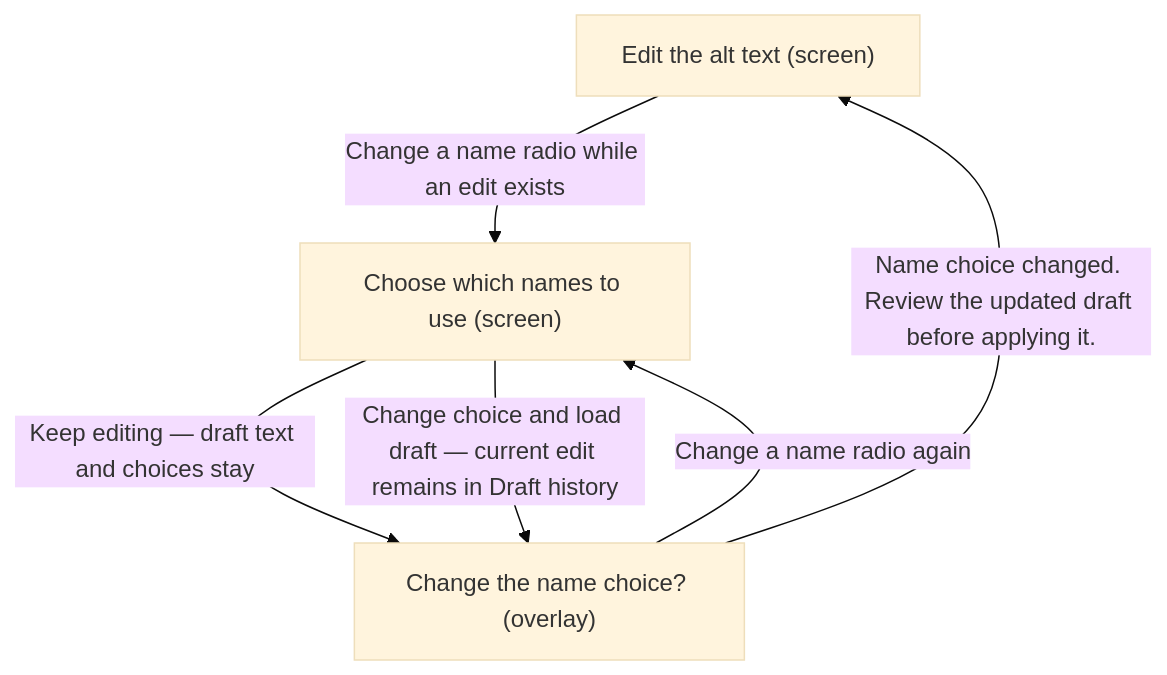
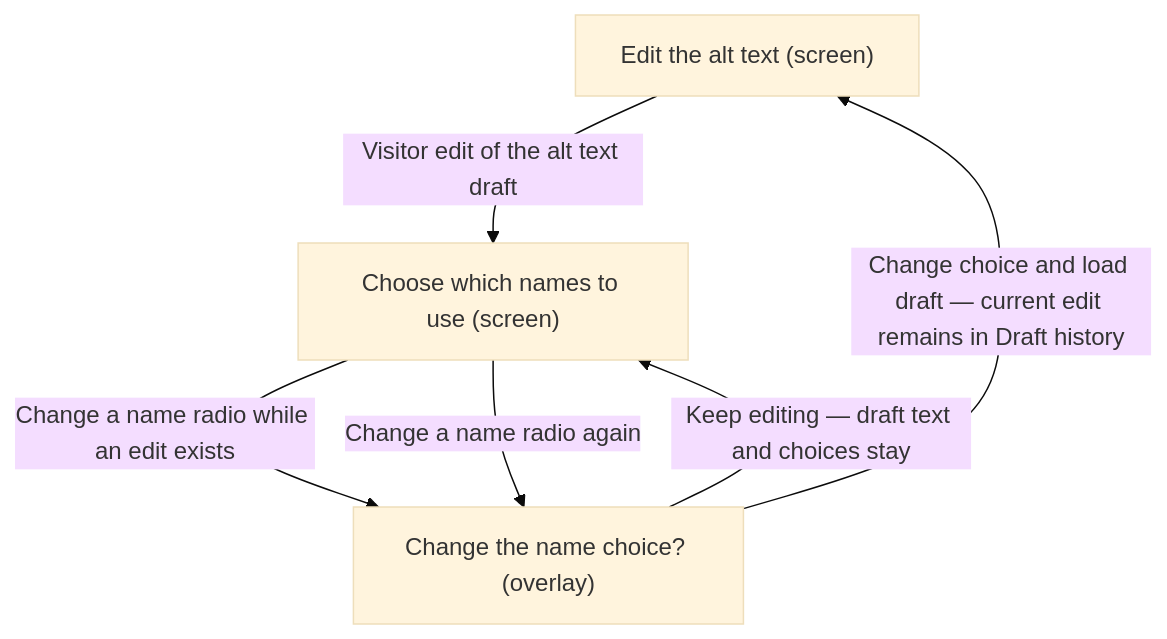
One commit to darce/context-alt-text-monorepo changed the fifth of 7 diagrams in apps/prototype-wp-alt-context/docs/ux-maps/guided-prototype.md. Above: the diagram before and after it, drawn with Mermaid (base theme). The commit also changed other lines of this file and 9 other files, not shown here.

````diff
--- a/apps/prototype-wp-alt-context/docs/ux-maps/guided-prototype.md
+++ b/apps/prototype-wp-alt-context/docs/ux-maps/guided-prototype.md
@@ -545,13 +552,13 @@
 ```mermaid
 flowchart TD
   %% flow: Cancel keeps the edit; confirm archives it to Draft history job=recover
   %% steps: [{"screen_id":"draft","branch_label":"Visitor edit of the alt text draft"},{"screen_id":"names","branch_label":"Change a name radio while an edit exists"},{"screen_id":"names-change","branch_label":"Keep editing — draft text and choices stay"},{"screen_id":"names","branch_label":"Change a name radio again"},{"screen_id":"names-change","branch_label":"Change choice and load draft — current edit remains in Draft history"},{"screen_id":"draft","branch_label":"Name choice changed. Review the updated draft before applying it."}]
   n_draft["Edit the alt text (screen)"]
   n_names["Choose which names to use (screen)"]
+  n_draft -->|Visitor edit of the alt text draft| n_names
   n_names_change["Change the name choice? (overlay)"]
-  n_draft -->|Change a name radio while an edit exists| n_names
-  n_names -->|Keep editing — draft text and choices stay| n_names_change
-  n_names_change -->|Change a name radio again| n_names
-  n_names -->|Change choice and load draft — current edit remains in Draft history| n_names_change
-  n_names_change -->|Name choice changed. Review the updated draft before applying it.| n_draft
+  n_names -->|Change a name radio while an edit exists| n_names_change
+  n_names_change -->|Keep editing — draft text and choices stay| n_names
+  n_names -->|Change a name radio again| n_names_change
+  n_names_change -->|Change choice and load draft — current edit remains in Draft history| n_draft
 ```
````
